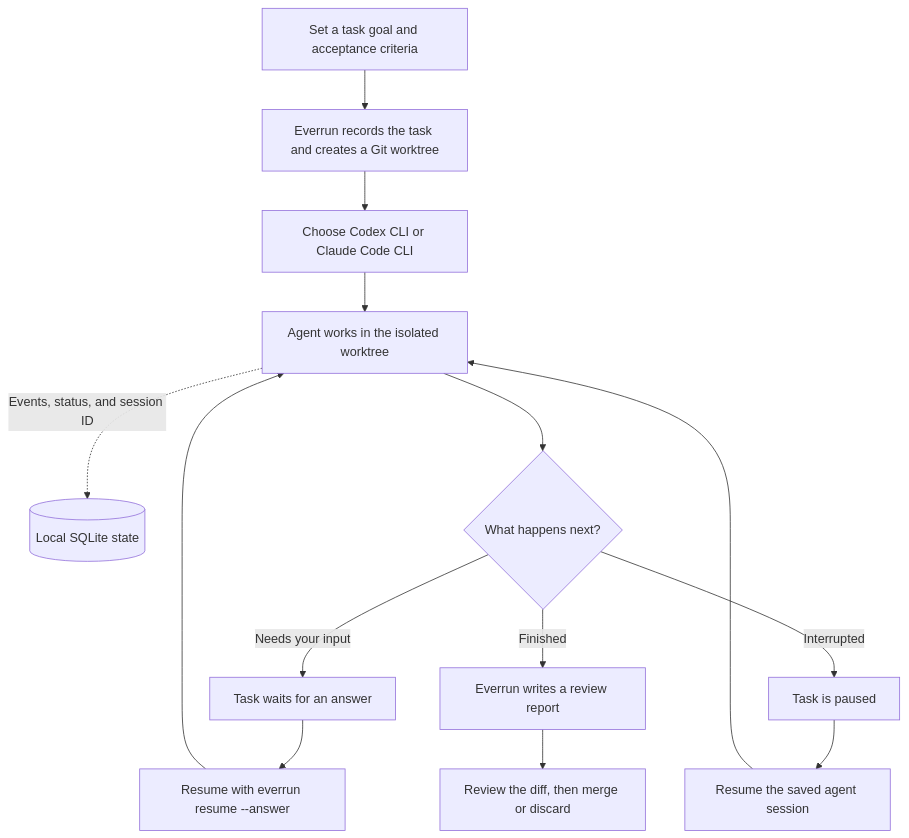
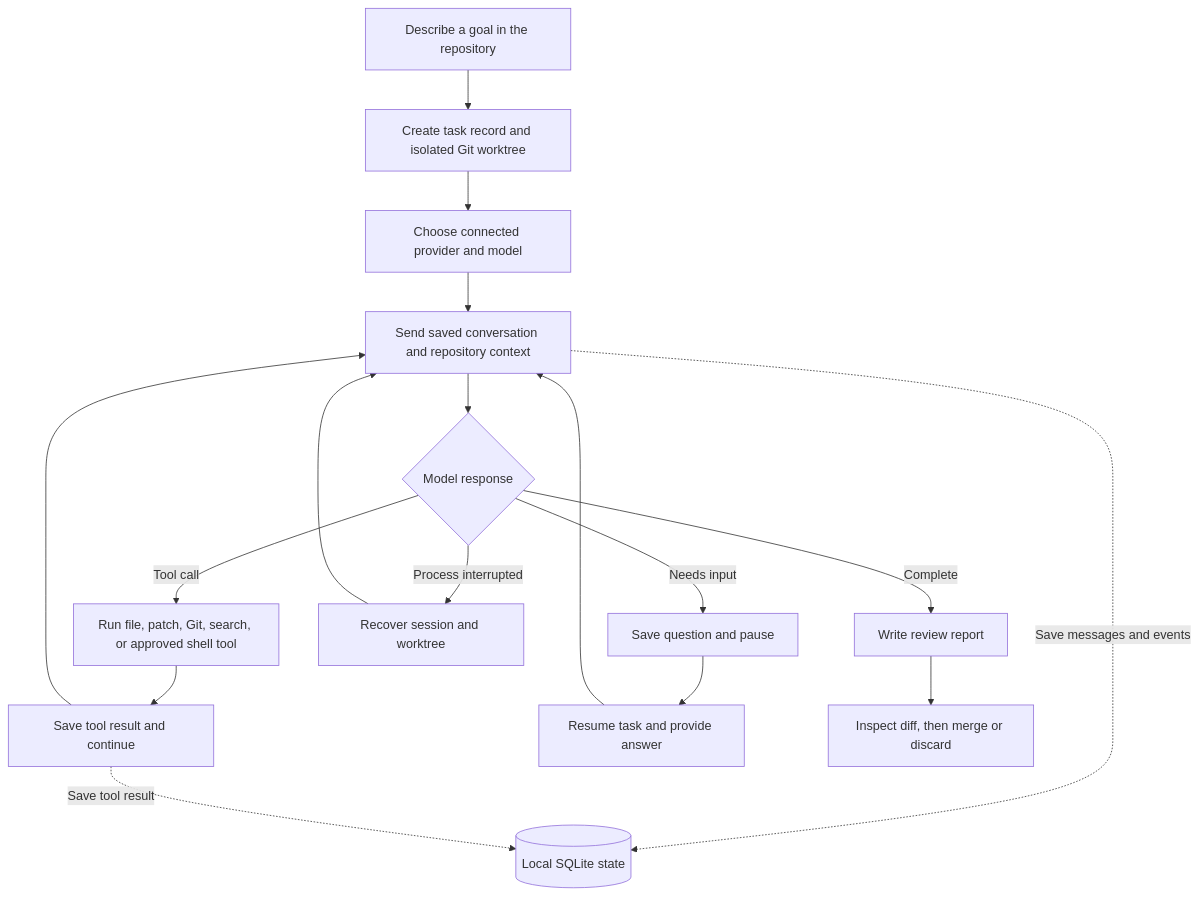
The diagram in README.md (seanbenhur/everrun), drawn with Mermaid before and after one commit. The commit also changed other lines of this file and 48 other files, not shown here.

````diff
--- a/README.md
+++ b/README.md
@@ -17,16 +21,19 @@
 ```mermaid
 flowchart TD
-    A[Set a task goal and acceptance criteria] --> B[Everrun records the task and creates a Git worktree]
-    B --> C[Choose Codex CLI or Claude Code CLI]
-    C --> D[Agent works in the isolated worktree]
-    D -. Events, status, and session ID .-> S[(Local SQLite state)]
-    D --> E{What happens next?}
-    E -->|Needs your input| F[Task waits for an answer]
-    F --> G[Resume with everrun resume --answer]
+    A[Describe a goal in the repository] --> B[Create task record and isolated Git worktree]
+    B --> C[Choose connected provider and model]
+    C --> D[Send saved conversation and repository context]
+    D --> E{Model response}
+    D -. Save messages and events .-> S[(Local SQLite state)]
+    E -->|Tool call| F[Run file, patch, Git, search, or approved shell tool]
+    F --> G[Save tool result and continue]
+    G -. Save tool result .-> S
     G --> D
-    E -->|Interrupted| H[Task is paused]
-    H --> I[Resume the saved agent session]
+    E -->|Needs input| H[Save question and pause]
+    H --> I[Resume task and provide answer]
     I --> D
-    E -->|Finished| J[Everrun writes a review report]
-    J --> K[Review the diff, then merge or discard]
+    E -->|Process interrupted| R[Recover session and worktree]
+    R --> D
+    E -->|Complete| J[Write review report]
+    J --> K[Inspect diff, then merge or discard]
 ```
````
